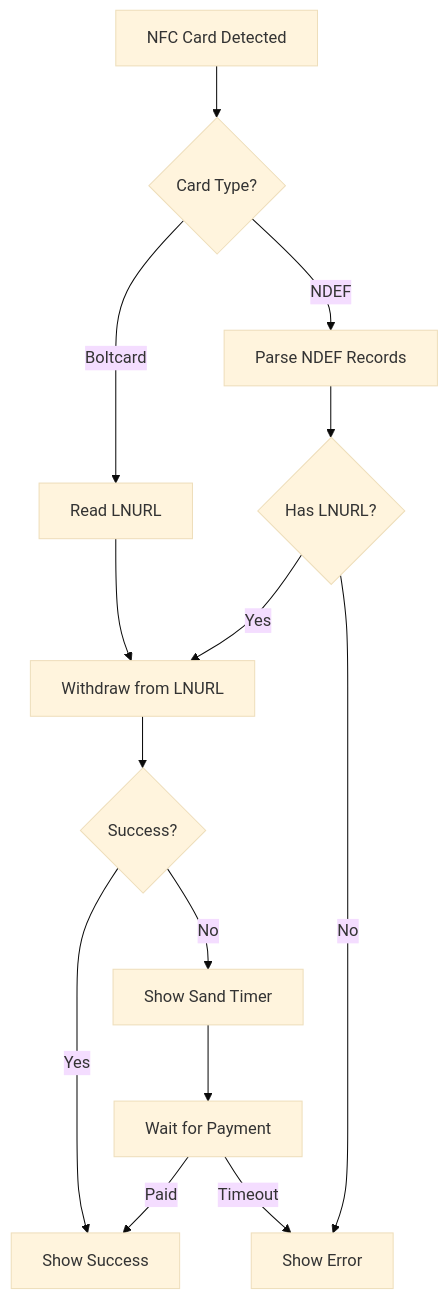
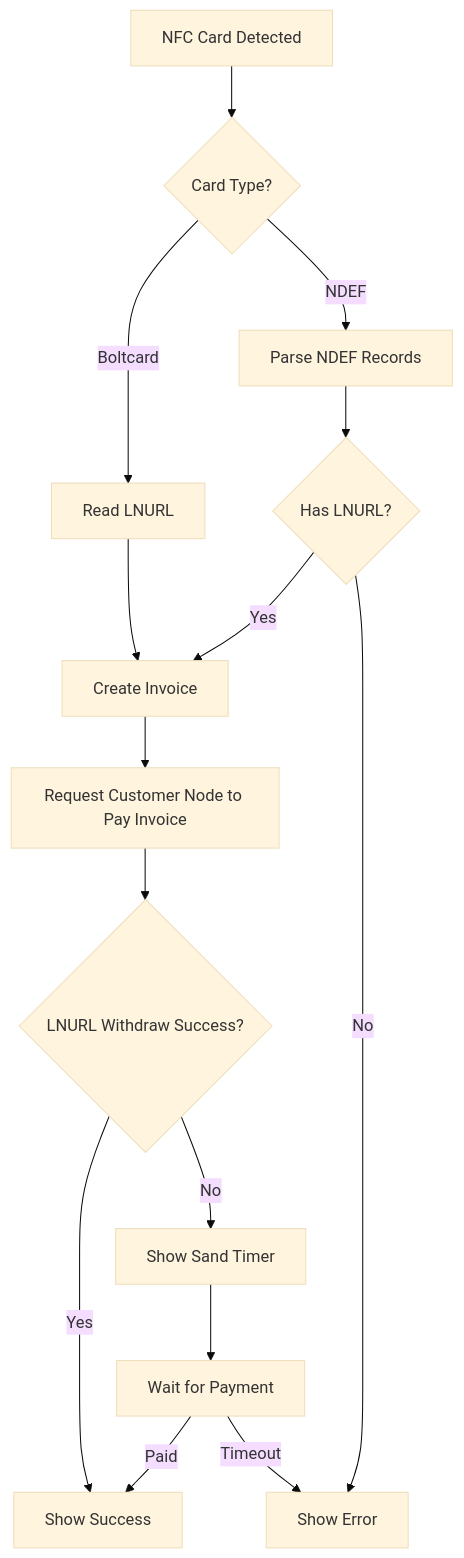
Before and after one commit to Opago-Pay/OPAGO-POS: the fifth of 5 diagrams in DOCUMENTATION.md, drawn with Mermaid (base theme). The commit also changed other lines of this file and 1 other file, not shown here.

Commit message:
fix: Remove incorrect invoice fetching from online mode
- Online mode now correctly monitors LNURL payment status only
- Removed invoice creation/fetching from online payment flow
- Invoice creation is now exclusively for NFC LNURL withdraw
- Updated documentation to reflect correct architecture
- Added TODO for LNURL payment status endpoint

This aligns with the v3.0.0 architecture where:
- Regular payments use LNURL with PIN fallback
- Only NFC creates invoices via customer's LNURL withdraw

Ref: #14

````diff
--- a/DOCUMENTATION.md
+++ b/DOCUMENTATION.md
@@ -397,18 +396,19 @@
 ```mermaid
 graph TD
     A[NFC Card Detected] --> B{Card Type?}
     B -->|Boltcard| C[Read LNURL]
     B -->|NDEF| D[Parse NDEF Records]
     
-    C --> E[Withdraw from LNURL]
+    C --> E[Create Invoice]
     D --> F{Has LNURL?}
     F -->|Yes| E
     F -->|No| G[Show Error]
     
-    E --> H{Success?}
-    H -->|Yes| I[Show Success]
-    H -->|No| J[Show Sand Timer]
-    J --> K[Wait for Payment]
-    K -->|Paid| I
-    K -->|Timeout| G
+    E --> H[Request Customer Node to Pay Invoice]
+    H --> I{LNURL Withdraw Success?}
+    I -->|Yes| J[Show Success]
+    I -->|No| K[Show Sand Timer]
+    K --> L[Wait for Payment]
+    L -->|Paid| J
+    L -->|Timeout| G
 ```
````
